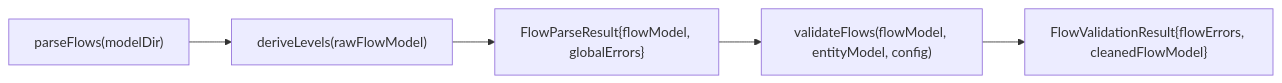
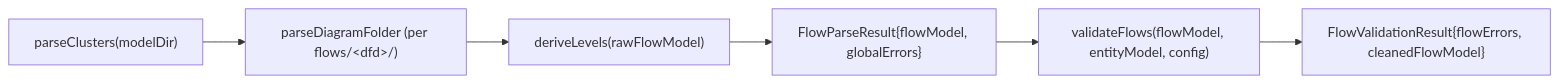
One commit to noormdev/ignatius changed the first of 7 diagrams in docs/wiki/flows.md. Above: the diagram before and after it, drawn with Mermaid. The commit also changed other lines of this file and 128 other files, not shown here.

````diff
--- a/docs/wiki/flows.md
+++ b/docs/wiki/flows.md
@@ -17,7 +19,8 @@
 ```mermaid
 flowchart LR
-    A["parseFlows(modelDir)"] --> B["deriveLevels(rawFlowModel)"]
-    B --> C["FlowParseResult{flowModel, globalErrors}"]
-    C --> D["validateFlows(flowModel, entityModel, config)"]
-    D --> E["FlowValidationResult{flowErrors, cleanedFlowModel}"]
+    A["parseClusters(modelDir)"] --> B["parseDiagramFolder (per flows/&lt;dfd&gt;/)"]
+    B --> C["deriveLevels(rawFlowModel)"]
+    C --> D["FlowParseResult{flowModel, globalErrors}"]
+    D --> E["validateFlows(flowModel, entityModel, config)"]
+    E --> F["FlowValidationResult{flowErrors, cleanedFlowModel}"]
 ```
````
